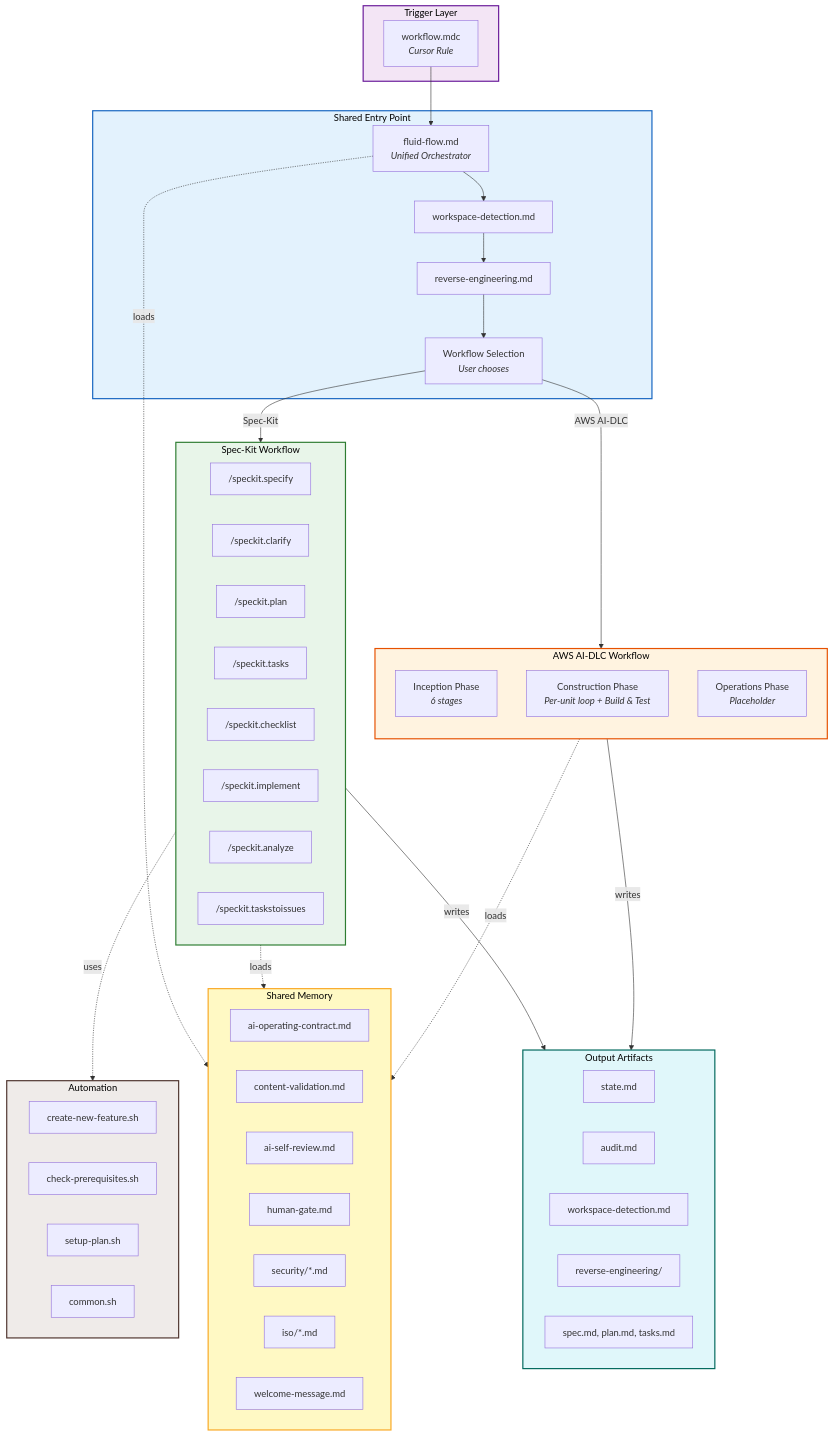
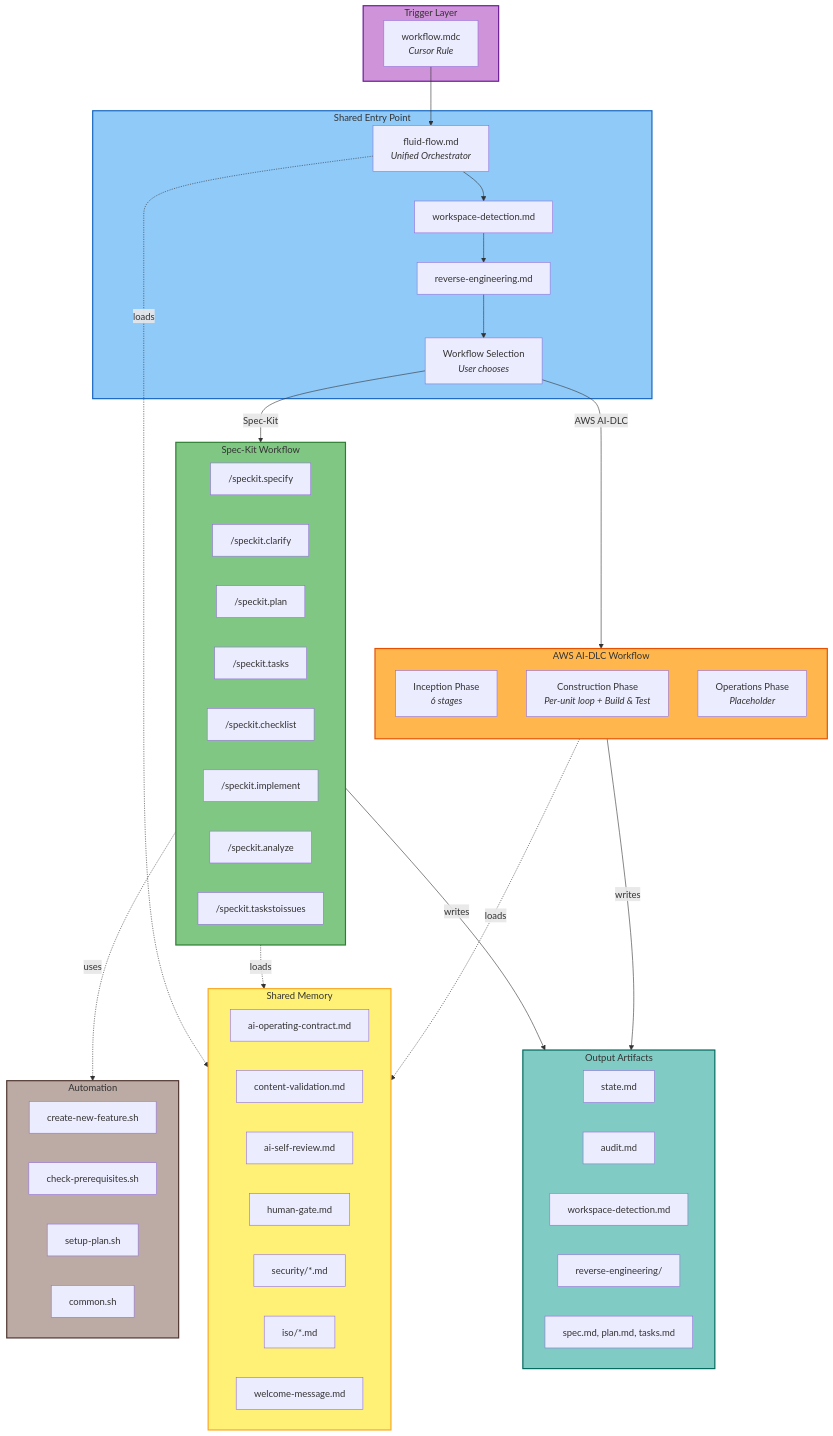
Before and after one commit to premkumarjanagarajan/fluid-flow-ai: the second of 3 diagrams in docs/ARCHITECTURE.md, drawn with Mermaid. The commit also changed 12 other files, not shown here.

First line of the commit message:
Update Mermaid diagram styles for dark and light theme compatibility

````diff
--- a/docs/ARCHITECTURE.md
+++ b/docs/ARCHITECTURE.md
@@ -33,75 +33,75 @@
 ```mermaid
 flowchart TB
     subgraph TRIGGER["Trigger Layer"]
         MDC["workflow.mdc<br/><i>Cursor Rule</i>"]
     end
 
     subgraph ENTRY["Shared Entry Point"]
         FF["fluid-flow.md<br/><i>Unified Orchestrator</i>"]
         WD["workspace-detection.md"]
         RE["reverse-engineering.md"]
         WS["Workflow Selection<br/><i>User chooses</i>"]
     end
 
     subgraph MEMORY["Shared Memory"]
         AOC["ai-operating-contract.md"]
         CV["content-validation.md"]
         ASR["ai-self-review.md"]
         HG["human-gate.md"]
         SEC["security/*.md"]
         ISO["iso/*.md"]
         WM["welcome-message.md"]
     end
 
     subgraph SPECKIT["Spec-Kit Workflow"]
         SS["/speckit.specify"]
         SC["/speckit.clarify"]
         SP["/speckit.plan"]
         ST["/speckit.tasks"]
         SCH["/speckit.checklist"]
         SI["/speckit.implement"]
         SA["/speckit.analyze"]
         STI["/speckit.taskstoissues"]
     end
 
     subgraph AIDLC["AWS AI-DLC Workflow"]
         direction TB
         INC["Inception Phase<br/><i>6 stages</i>"]
         CON["Construction Phase<br/><i>Per-unit loop + Build & Test</i>"]
         OPS["Operations Phase<br/><i>Placeholder</i>"]
     end
 
     subgraph SCRIPTS["Automation"]
         CNF["create-new-feature.sh"]
         CP["check-prerequisites.sh"]
         SPL["setup-plan.sh"]
         CMN["common.sh"]
     end
 
     subgraph ARTIFACTS["Output Artifacts"]
         STATE["state.md"]
         AUDIT["audit.md"]
         WDART["workspace-detection.md"]
         REART["reverse-engineering/"]
         SPECS["spec.md, plan.md, tasks.md"]
     end
 
     MDC --> FF
     FF --> WD --> RE --> WS
     FF -.->|loads| MEMORY
     WS -->|"Spec-Kit"| SPECKIT
     WS -->|"AWS AI-DLC"| AIDLC
     SPECKIT -.->|uses| SCRIPTS
     SPECKIT -.->|loads| MEMORY
     AIDLC -.->|loads| MEMORY
     SPECKIT -->|writes| ARTIFACTS
     AIDLC -->|writes| ARTIFACTS
 
-    style TRIGGER fill:#F3E5F5,stroke:#6A1B9A,stroke-width:2px,color:#000
-    style ENTRY fill:#E3F2FD,stroke:#1565C0,stroke-width:2px,color:#000
-    style MEMORY fill:#FFF9C4,stroke:#F9A825,stroke-width:2px,color:#000
-    style SPECKIT fill:#E8F5E9,stroke:#2E7D32,stroke-width:2px,color:#000
-    style AIDLC fill:#FFF3E0,stroke:#E65100,stroke-width:2px,color:#000
-    style SCRIPTS fill:#EFEBE9,stroke:#4E342E,stroke-width:2px,color:#000
-    style ARTIFACTS fill:#E0F7FA,stroke:#00695C,stroke-width:2px,color:#000
+    style TRIGGER fill:#CE93D8,stroke:#6A1B9A,stroke-width:2px
+    style ENTRY fill:#90CAF9,stroke:#1565C0,stroke-width:2px
+    style MEMORY fill:#FFF176,stroke:#F9A825,stroke-width:2px
+    style SPECKIT fill:#81C784,stroke:#2E7D32,stroke-width:2px
+    style AIDLC fill:#FFB74D,stroke:#E65100,stroke-width:2px
+    style SCRIPTS fill:#BCAAA4,stroke:#4E342E,stroke-width:2px
+    style ARTIFACTS fill:#80CBC4,stroke:#00695C,stroke-width:2px
 ```
````
